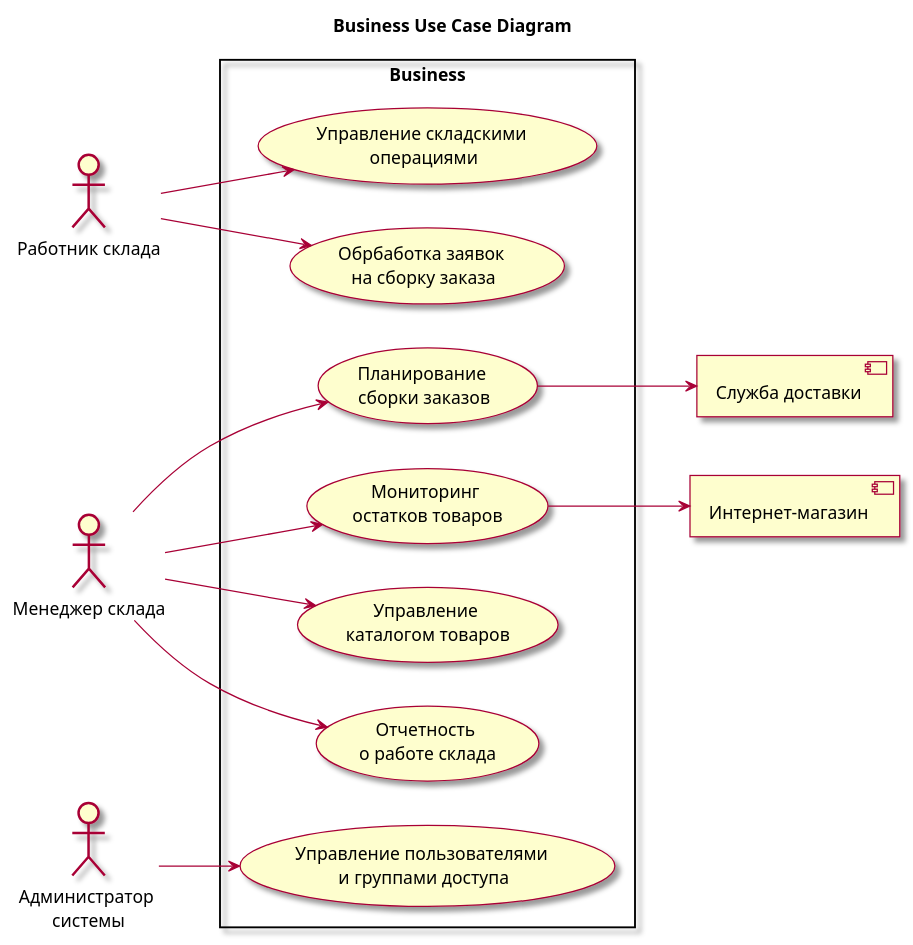
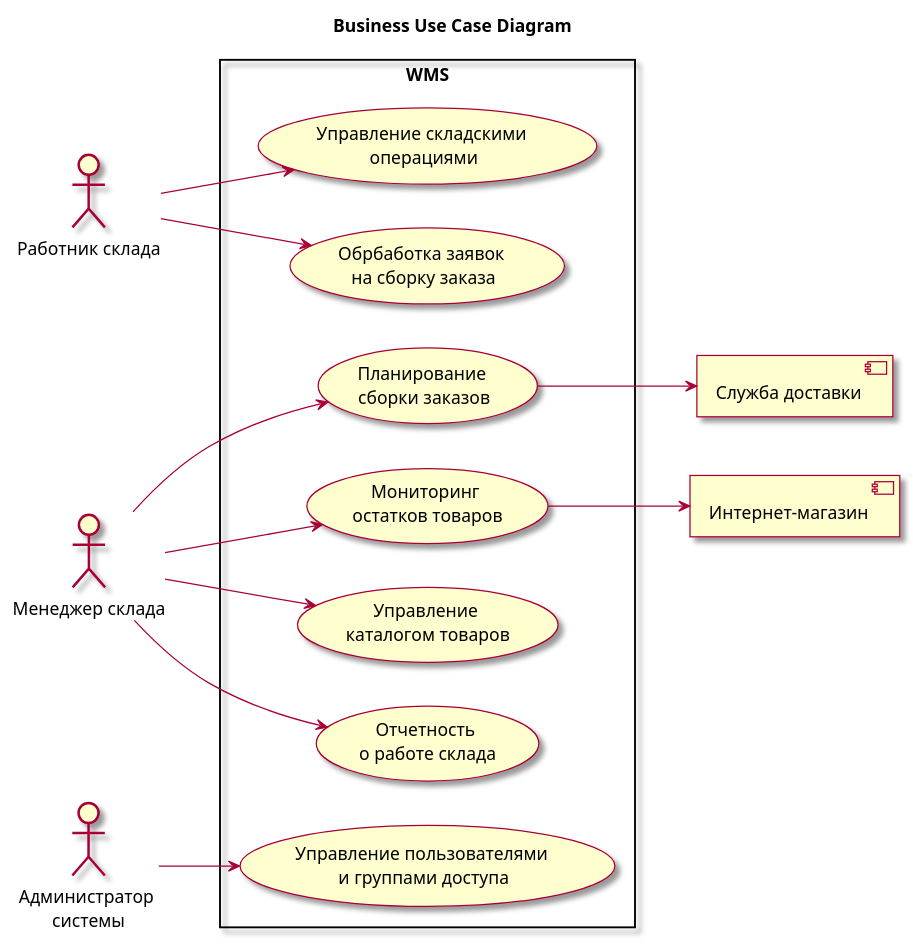
The diagram in api-warehouse/diagrams/businessusecase.iuml (PortnovAlex80/node_js_pro), drawn with PlantUML before and after one commit.

```diff
--- a/api-warehouse/diagrams/businessusecase.iuml
+++ b/api-warehouse/diagrams/businessusecase.iuml
@@ -1,42 +1,42 @@
 @startuml
 
 skin rose
 left to right direction
 
 title Business Use Case Diagram 
 
 :Работник склада: as EMP
 :Менеджер склада: as MGR
 :Администратор \nсистемы: as ADMIN
 
 [Служба доставки] as Delivery
 [Интернет-магазин] as EShop
 
-rectangle  :Business: {
+rectangle  :WMS: {
 usecase (Управление складскими \nоперациями) as UC1
 usecase (Обрбаботка заявок \nна сборку заказа) as UC2
 
 usecase (Планирование \nсборки заказов) as UC3
 usecase (Мониторинг \nостатков товаров) as UC4
 usecase (Управление \nкаталогом товаров) as UC5
 usecase (Отчетность \nо работе склада) as UC6
 
 usecase (Управление пользователями \nи группами доступа) as UC7
 }
 
 
 EMP --> UC1
 EMP --> UC2
 
 MGR --> UC3
 MGR --> UC4
 MGR --> UC5
 MGR --> UC6
 
 ADMIN --> UC7
 
 UC3 --> Delivery
 UC4 --> EShop
 
 
 @enduml
```
